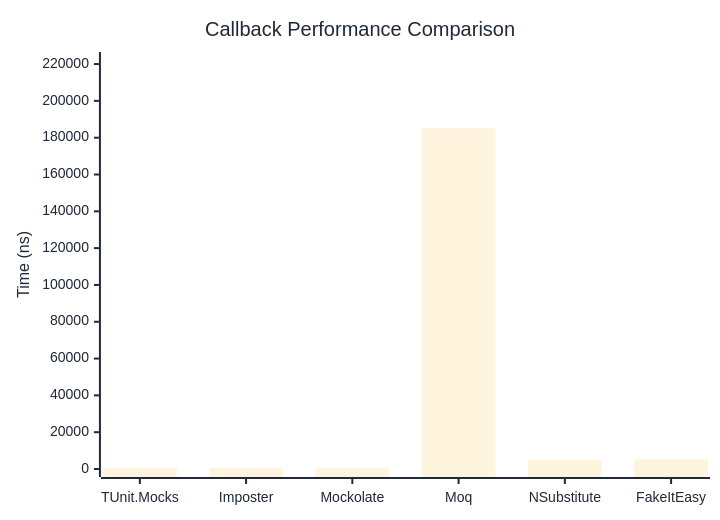
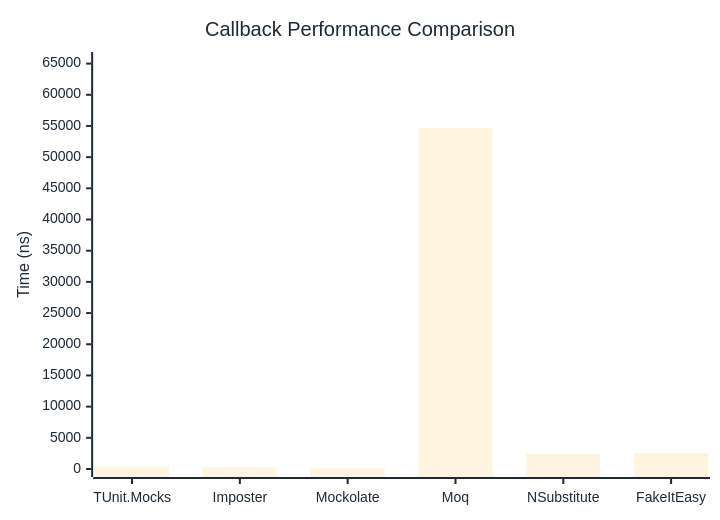
The first of 2 diagrams in docs/docs/benchmarks/mocks/Callback.md (thomhurst/TUnit), drawn with Mermaid before and after one commit. The commit also changed other lines of this file and 14 other files, not shown here.

````diff
--- a/docs/docs/benchmarks/mocks/Callback.md
+++ b/docs/docs/benchmarks/mocks/Callback.md
@@ -30,27 +30,27 @@
 ```mermaid
 %%{init: {
   'theme':'base',
   'themeVariables': {
     'primaryColor': '#2563eb',
     'primaryTextColor': '#1f2937',
     'primaryBorderColor': '#1e40af',
     'lineColor': '#6b7280',
     'secondaryColor': '#7c3aed',
     'tertiaryColor': '#dc2626',
     'background': '#ffffff',
     'pie1': '#2563eb',
     'pie2': '#7c3aed',
     'pie3': '#dc2626',
     'pie4': '#f59e0b',
     'pie5': '#10b981',
     'pie6': '#06b6d4',
     'pie7': '#ec4899',
     'pie8': '#6366f1'
   }
 }}%%
 xychart-beta
   title "Callback Performance Comparison"
   x-axis ["TUnit.Mocks", "Imposter", "Mockolate", "Moq", "NSubstitute", "FakeItEasy"]
-  y-axis "Time (ns)" 0 --> 222210
-  bar [640.6, 458.7, 339.2, 185174.8, 4869.3, 5214.4]
+  y-axis "Time (ns)" 0 --> 65577
+  bar [393.7, 268.9, 207.9, 54647.2, 2404.8, 2575.3]
 ```
````
